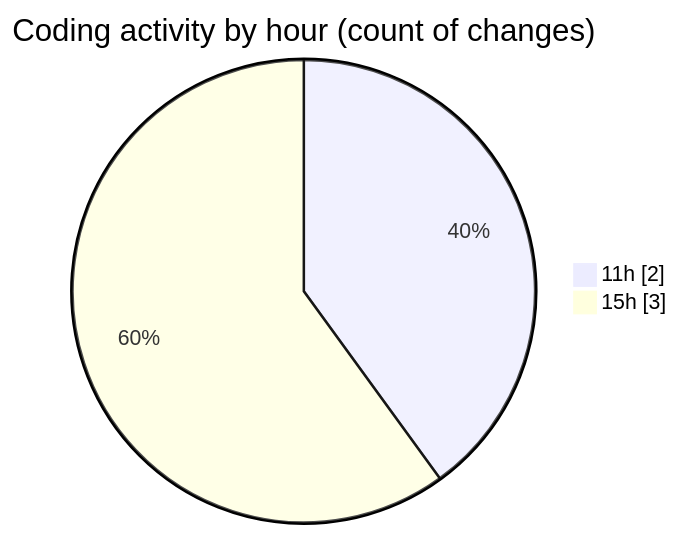
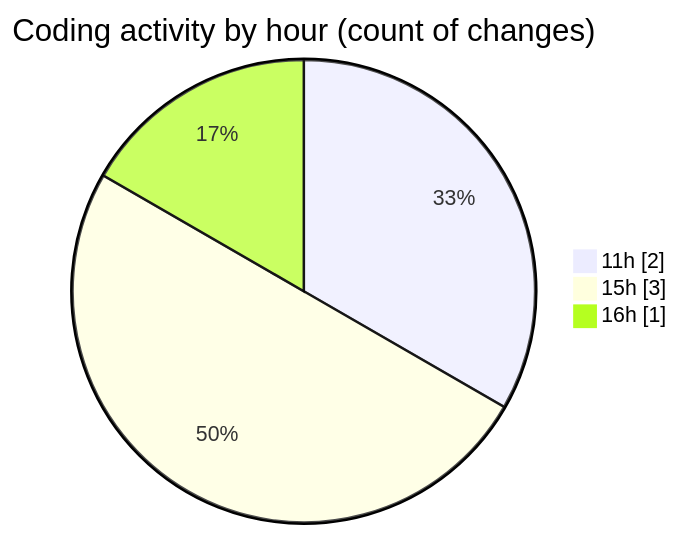
The second of 2 diagrams in 2025-10-24/untitled__workspace_/README.md (debugP/code-tracking), drawn with Mermaid before and after one commit. The commit also changed other lines of this file and 1 other file, not shown here.

````diff
--- a/2025-10-24/untitled__workspace_/README.md
+++ b/2025-10-24/untitled__workspace_/README.md
@@ -30,6 +32,7 @@
 ```mermaid
 pie showData
 title Coding activity by hour (count of changes)
 "11h" : 2
 "15h" : 3
+"16h" : 1
 ```
````
